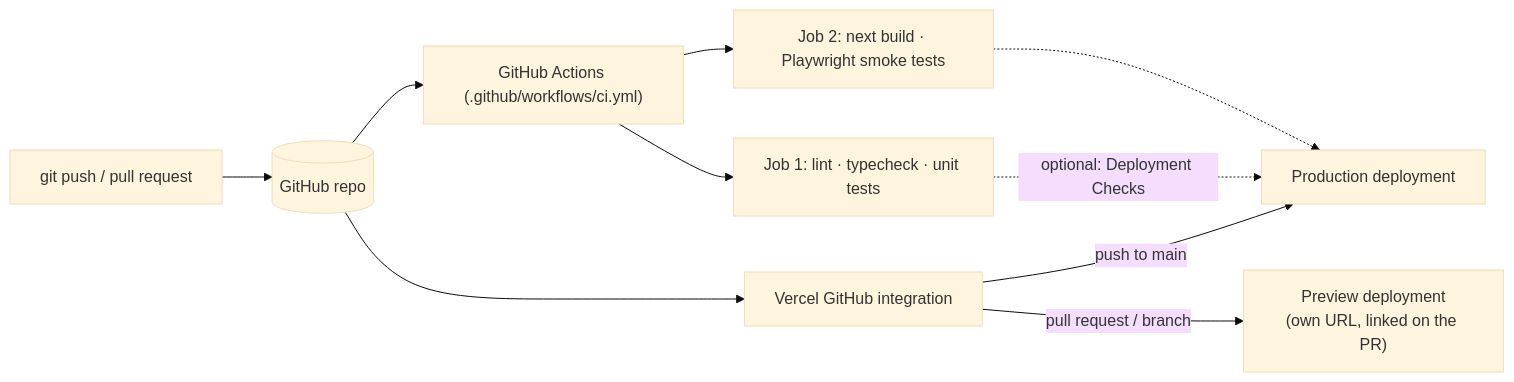
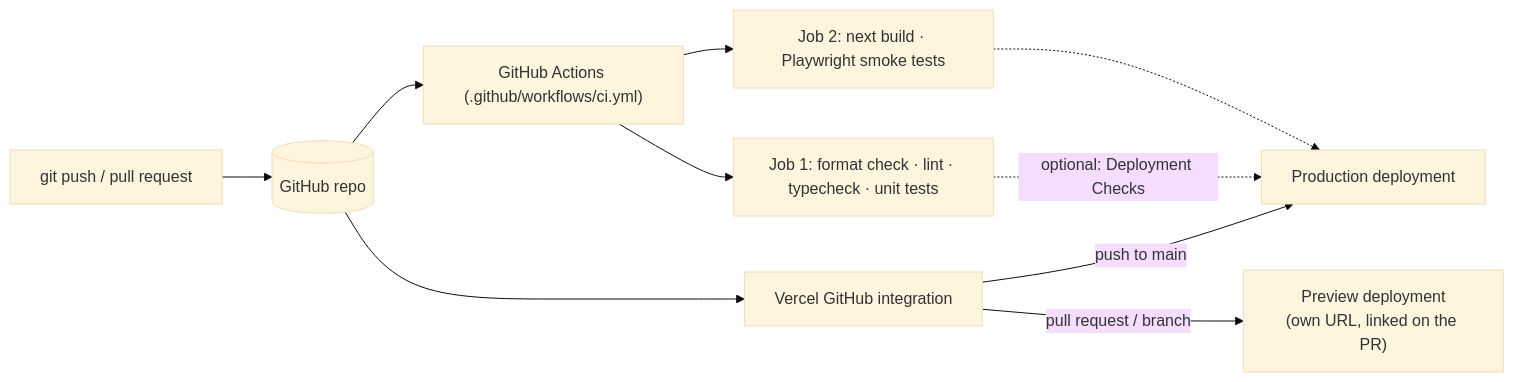
Diagram 16 of 18 in docs/ARCHITECTURE.md (tarnishedMind/RepoRadar), drawn with Mermaid (base theme) before and after one commit. The commit also changed other lines of this file and 144 other files, not shown here.

````diff
--- a/docs/ARCHITECTURE.md
+++ b/docs/ARCHITECTURE.md
@@ -806,12 +831,12 @@
 ```mermaid
 flowchart LR
   dev["git push / pull request"] --> gh[(GitHub repo)]
   gh --> ci["GitHub Actions (.github/workflows/ci.yml)"]
-  ci --> j1["Job 1: lint · typecheck · unit tests"]
+  ci --> j1["Job 1: format check · lint · typecheck · unit tests"]
   ci --> j2["Job 2: next build · Playwright smoke tests"]
   gh --> v["Vercel GitHub integration"]
   v -- "pull request / branch" --> prev["Preview deployment<br/>(own URL, linked on the PR)"]
   v -- "push to main" --> prod["Production deployment"]
   j1 -. "optional: Deployment Checks" .-> prod
   j2 -.-> prod
 ```
````
